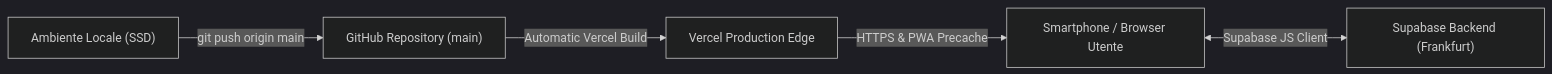
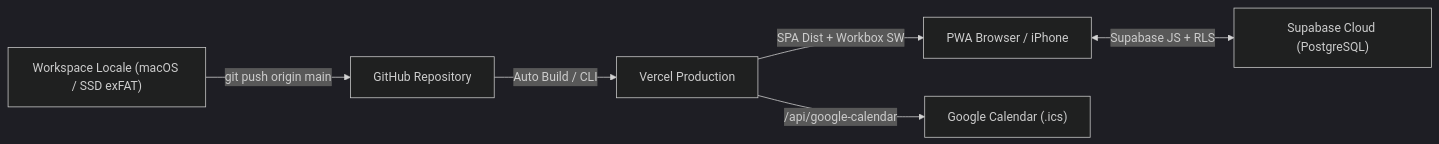
Before and after one commit to alessandro-bottone-design/workout_webapp: the diagram in docs/DEPLOYMENT.md, drawn with Mermaid (dark theme). The commit also changed other lines of this file and 133 other files, not shown here.

Commit message:
feat: permanent google calendar sync, feature-based architecture, debug fixes and docs

````diff
--- a/docs/DEPLOYMENT.md
+++ b/docs/DEPLOYMENT.md
@@ -9,7 +9,8 @@
 ```mermaid
 flowchart LR
-    Local["Ambiente Locale (SSD)"] -->|git push origin main| GitHub["GitHub Repository (main)"]
-    GitHub -->|Automatic Vercel Build| Vercel["Vercel Production Edge"]
-    Vercel -->|HTTPS & PWA Precache| EndUser["Smartphone / Browser Utente"]
-    EndUser <-->|Supabase JS Client| SupabaseCloud["Supabase Backend (Frankfurt)"]
+    Local["Workspace Locale (macOS / SSD exFAT)"] -->|git push origin main| GitHub["GitHub Repository"]
+    GitHub -->|Auto Build / CLI| Vercel["Vercel Production"]
+    Vercel -->|SPA Dist + Workbox SW| Client["PWA Browser / iPhone"]
+    Vercel -->|/api/google-calendar| Google["Google Calendar (.ics)"]
+    Client <-->|Supabase JS + RLS| Supabase["Supabase Cloud (PostgreSQL)"]
 ```
````
